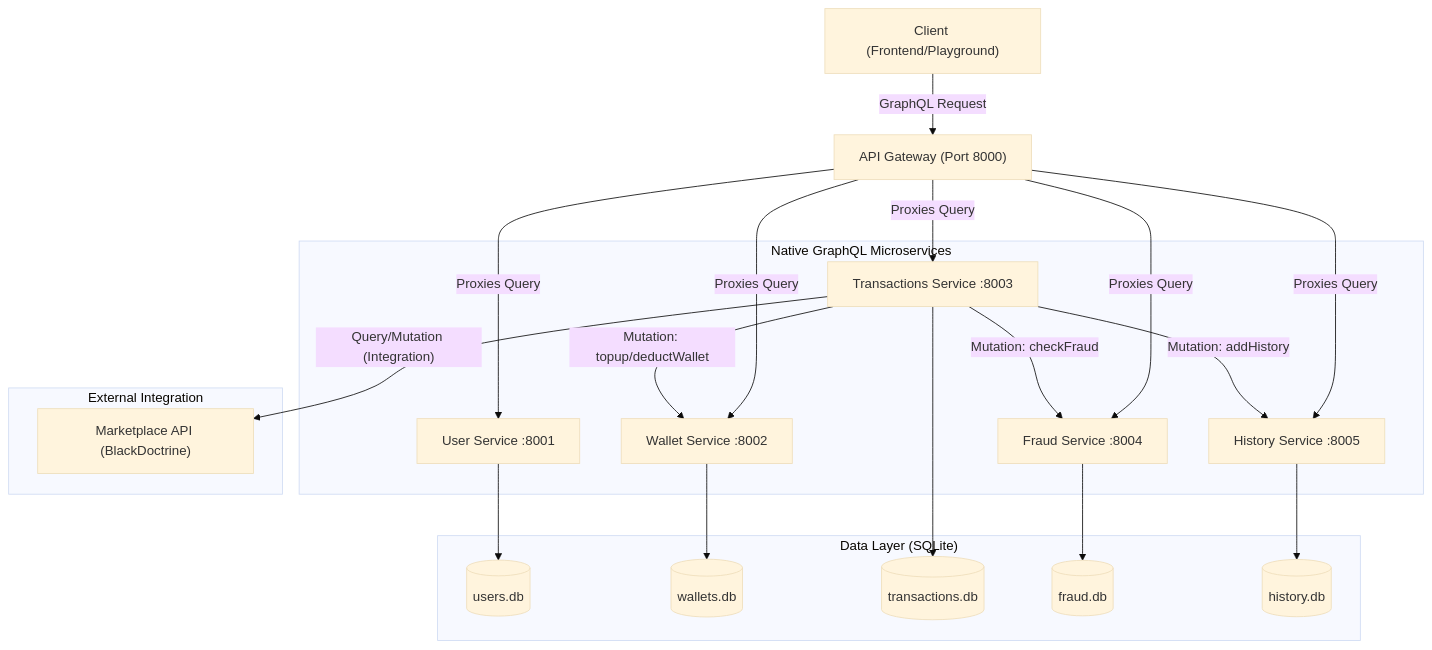
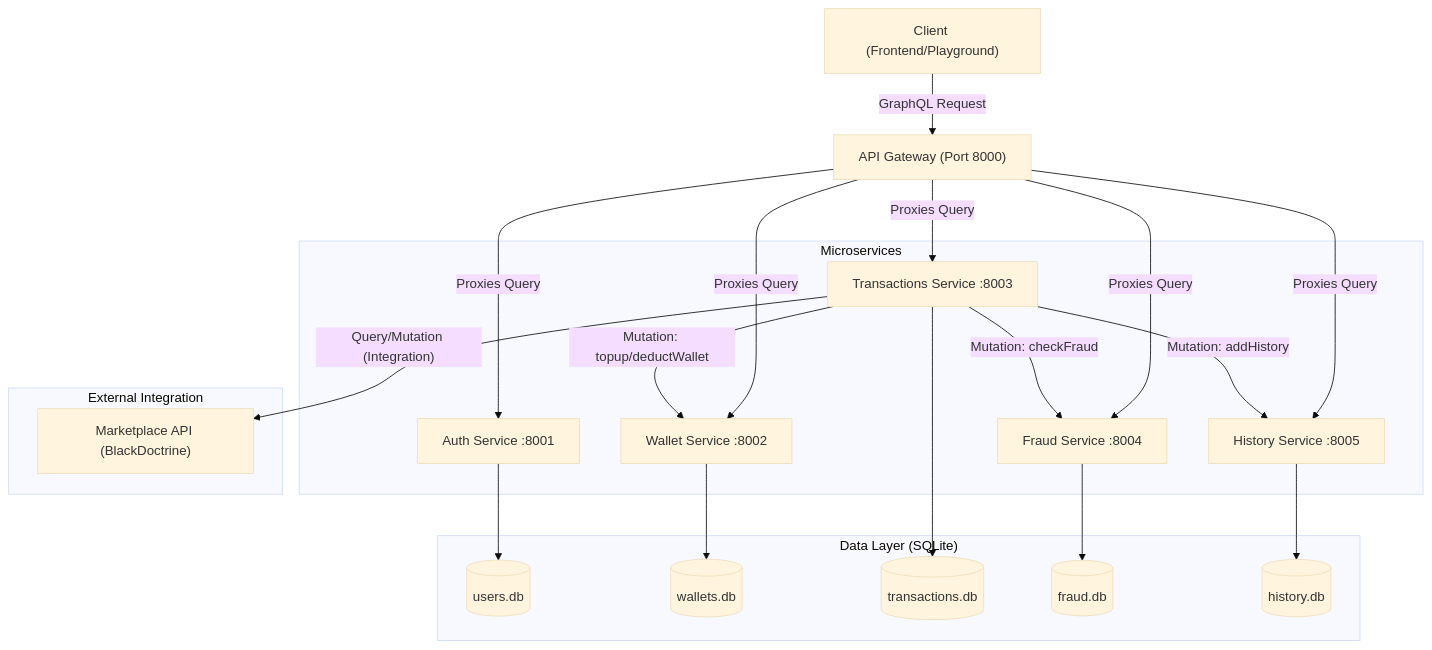
One commit to AAkmalAmran/Project-UAS-IAE_Dompet-Digital-Sawit changed the diagram in readme.md. Above: the diagram before and after it, drawn with Mermaid (base theme). The commit also changed other lines of this file, not shown here.

Commit message:
Rename User Service to Auth Service in README

````diff
--- a/readme.md
+++ b/readme.md
@@ -47,41 +47,41 @@
 ```mermaid
 flowchart TB
     Client["Client (Frontend/Playground)"] -- GraphQL Request --> Gateway["API Gateway (Port 8000)"]
     
-    subgraph Services ["Native GraphQL Microservices"]
-        User["User Service :8001"]
+    subgraph Services ["Microservices"]
+        Auth["Auth Service :8001"]
         Wallet["Wallet Service :8002"]
         Trx["Transactions Service :8003"]
         Fraud["Fraud Service :8004"]
         History["History Service :8005"]
     end
 
     subgraph Database ["Data Layer (SQLite)"]
         DB1[("users.db")]
         DB2[("wallets.db")]
         DB3[("transactions.db")]
         DB4[("fraud.db")]
         DB5[("history.db")]
     end
 
     subgraph External ["External Integration"]
         Marketplace["Marketplace API (BlackDoctrine)"]
     end
 
     %% Flow Communication (Gateway Proxy)
-    Gateway -- Proxies Query --> User & Wallet & Trx & Fraud & History
+    Gateway -- Proxies Query --> Auth & Wallet & Trx & Fraud & History
     
     %% Inter-service Communication (GraphQL Calls)
     Trx -- Mutation: checkFraud --> Fraud
     Trx -- Mutation: topup/deductWallet --> Wallet
     Trx -- Mutation: addHistory --> History
     Trx -- Query/Mutation (Integration) --> Marketplace
 
     %% DB Connections
-    User --> DB1
+    Auth --> DB1
     Wallet --> DB2
     Trx --> DB3
     Fraud --> DB4
     History --> DB5
 
 ```
````
